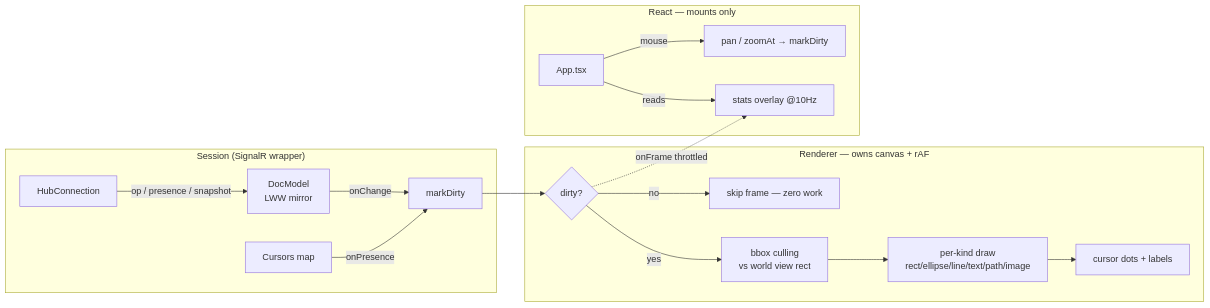
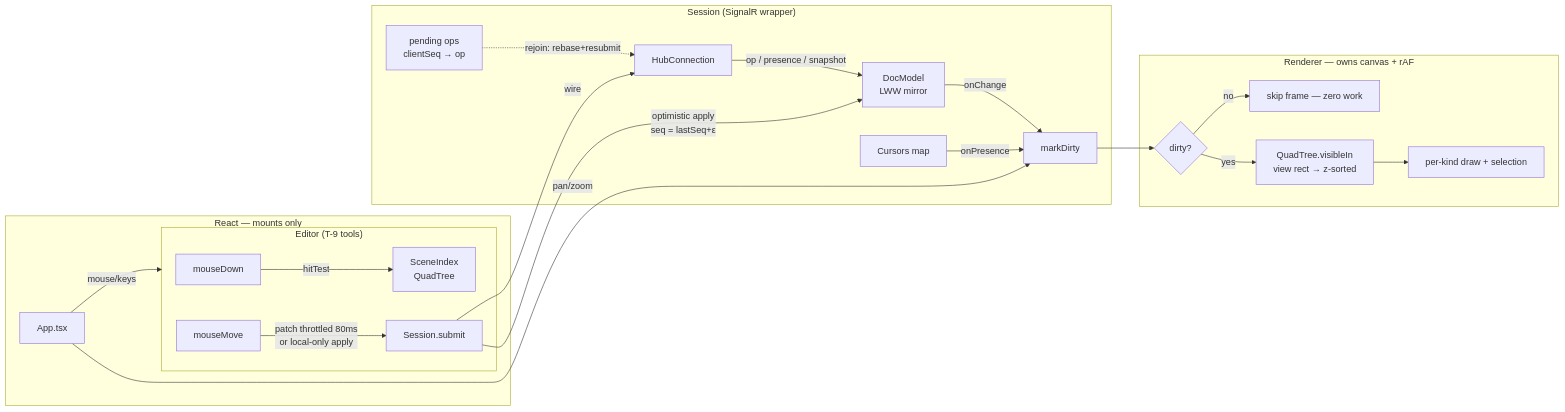
One commit to ezpectus/collabcanvas changed the diagram in docs/diagrams/mmd/client-render.mmd. Above: the diagram before and after it, drawn with Mermaid. The commit also changed 4 other files, not shown here.

Commit message:
T-9 docs: section 20, render diagram update, review status, journal, changelog

```diff
--- a/docs/diagrams/mmd/client-render.mmd
+++ b/docs/diagrams/mmd/client-render.mmd
@@ -1,23 +1,28 @@
-%% T-8: client render path — who owns the frame, where work happens.
-%% Update when: render loop ownership, culling, or session flow changes.
+%% T-8/T-9: client render+edit path — who owns the frame, where work happens.
+%% Update when: render loop ownership, culling, optimistic flow, or session changes.
 flowchart LR
     subgraph Session["Session (SignalR wrapper)"]
         H[HubConnection] -->|op / presence / snapshot| M[DocModel<br/>LWW mirror]
         M -->|onChange| D[markDirty]
         CS[Cursors map] -->|onPresence| D
+        Pend[pending ops<br/>clientSeq → op] -.->|rejoin: rebase+resubmit| H
+    end
+
+    subgraph Editor["Editor (T-9 tools)"]
+        MDown[mouseDown] -->|hitTest| QT[SceneIndex<br/>QuadTree]
+        MMove[mouseMove] -->|patch throttled 80ms<br/>or local-only apply| Sub[Session.submit]
+        Sub -->|optimistic apply<br/>seq = lastSeq+ε| M
+        Sub -->|wire| H
     end
 
     subgraph Renderer["Renderer — owns canvas + rAF"]
         D --> RAF{dirty?}
         RAF -->|no| Skip[skip frame — zero work]
-        RAF -->|yes| Cull[bbox culling<br/>vs world view rect]
-        Cull --> Draw[per-kind draw<br/>rect/ellipse/line/text/path/image]
-        Draw --> Cur[cursor dots + labels]
+        RAF -->|yes| Cull[QuadTree.visibleIn<br/>view rect → z-sorted]
+        Cull --> Draw[per-kind draw + selection]
     end
 
     subgraph React["React — mounts only"]
-        App[App.tsx] -->|mouse| VP[pan / zoomAt → markDirty]
-        App -->|reads| Stats[stats overlay @10Hz]
+        App[App.tsx] -->|mouse/keys| Editor
+        App -->|pan/zoom| D
     end
-
-    RAF -.->|onFrame throttled| Stats
```
